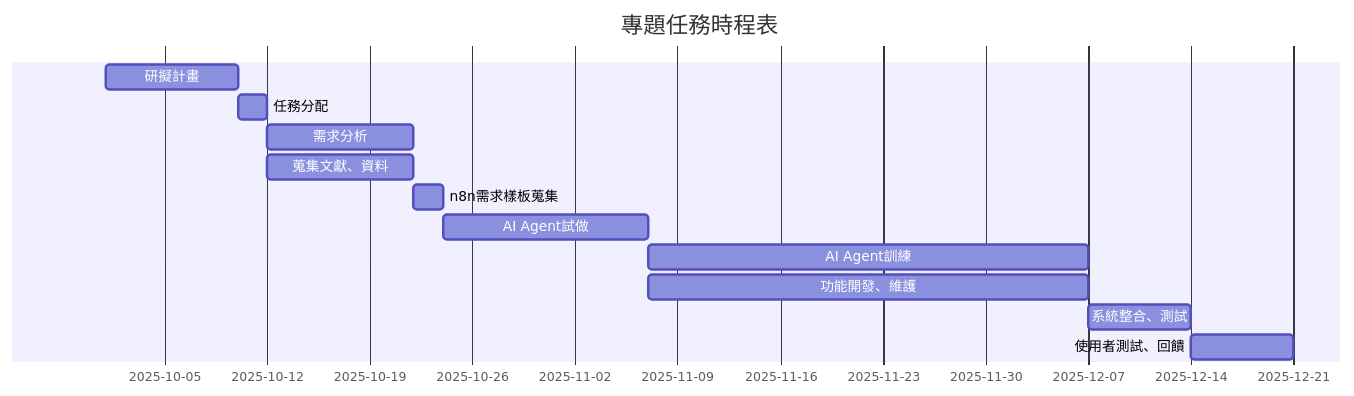
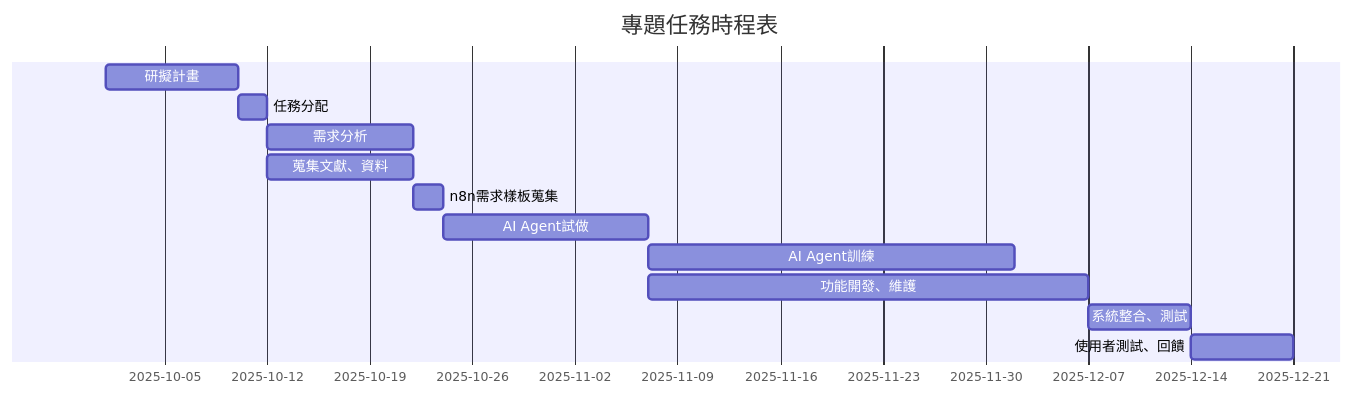
One commit to zombie942018/groupwork changed the first of 2 diagrams in GHW_2.md. Above: the diagram before and after it, drawn with Mermaid. The commit also changed other lines of this file, not shown here.

````diff
--- a/GHW_2.md
+++ b/GHW_2.md
@@ -11,17 +11,17 @@
 ```mermaid
 gantt
 dateFormat  YYYY-MM-DD
 title 專題任務時程表
 excludes weekdays 
 
 研擬計畫   :         des1, 2025-10-01,2025-10-10
 任務分配   :         des2, after des1, 2d
 需求分析   :         des3, after des2, 10d
 蒐集文獻、資料   :         des4, after des2, 10d
 n8n需求樣板蒐集   :         des5, after des3, 2d
 AI Agent試做   :         des6, after des4 des5, 14d
-AI Agent訓練   :      des7, after des6, 30d
+AI Agent訓練   :      des7, after des6, 25d
 功能開發、維護   :         des8, after des6, 30d
 系統整合、測試   :         des9, after des7 des8, 7d
 使用者測試、回饋   :       des10, after des9, 7d
 ```
````
